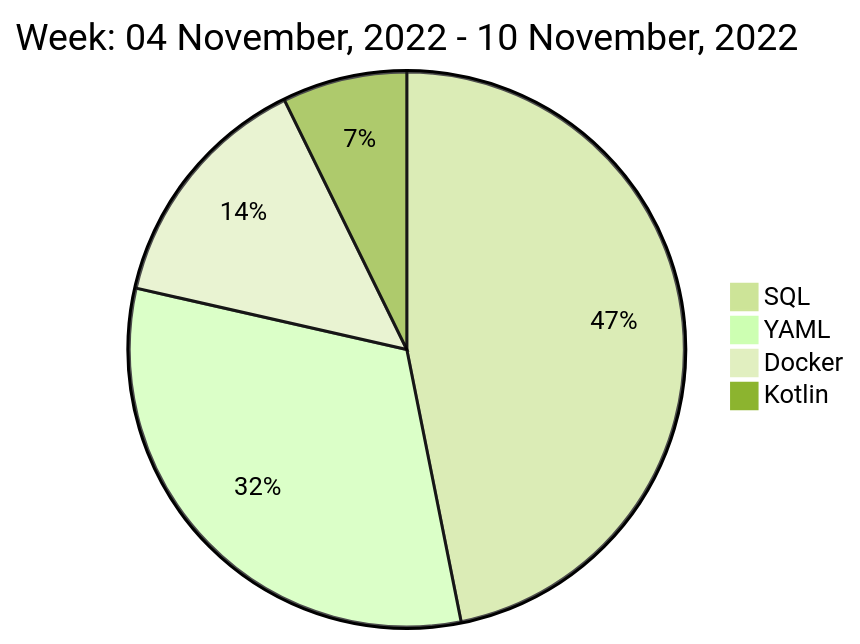
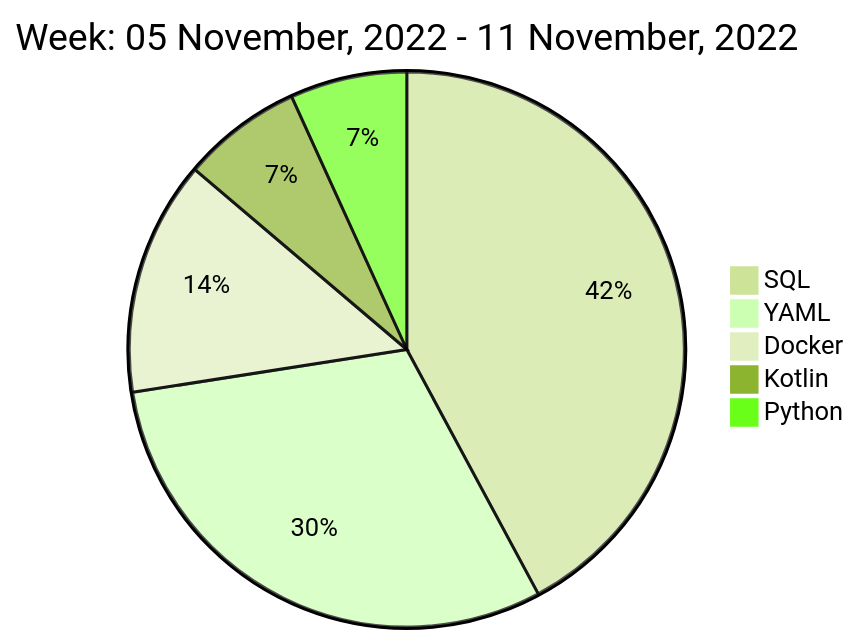
Before and after one commit to liubin95/liubin95: the diagram in README.md, drawn with Mermaid (forest theme).

Commit message:
Updated the Graph with new Metrics

````diff
--- a/README.md
+++ b/README.md
@@ -40,8 +40,9 @@
 ```mermaid
  pie
-title Week: 04 November, 2022 - 10 November, 2022
- "SQL" : 7.1
- "YAML" : 4.8
+title Week: 05 November, 2022 - 11 November, 2022
+ "SQL" : 6.63
+ "YAML" : 4.78
  "Docker" : 2.15
  "Kotlin" : 1.1
+ "Python" : 1.07
 ```
````
